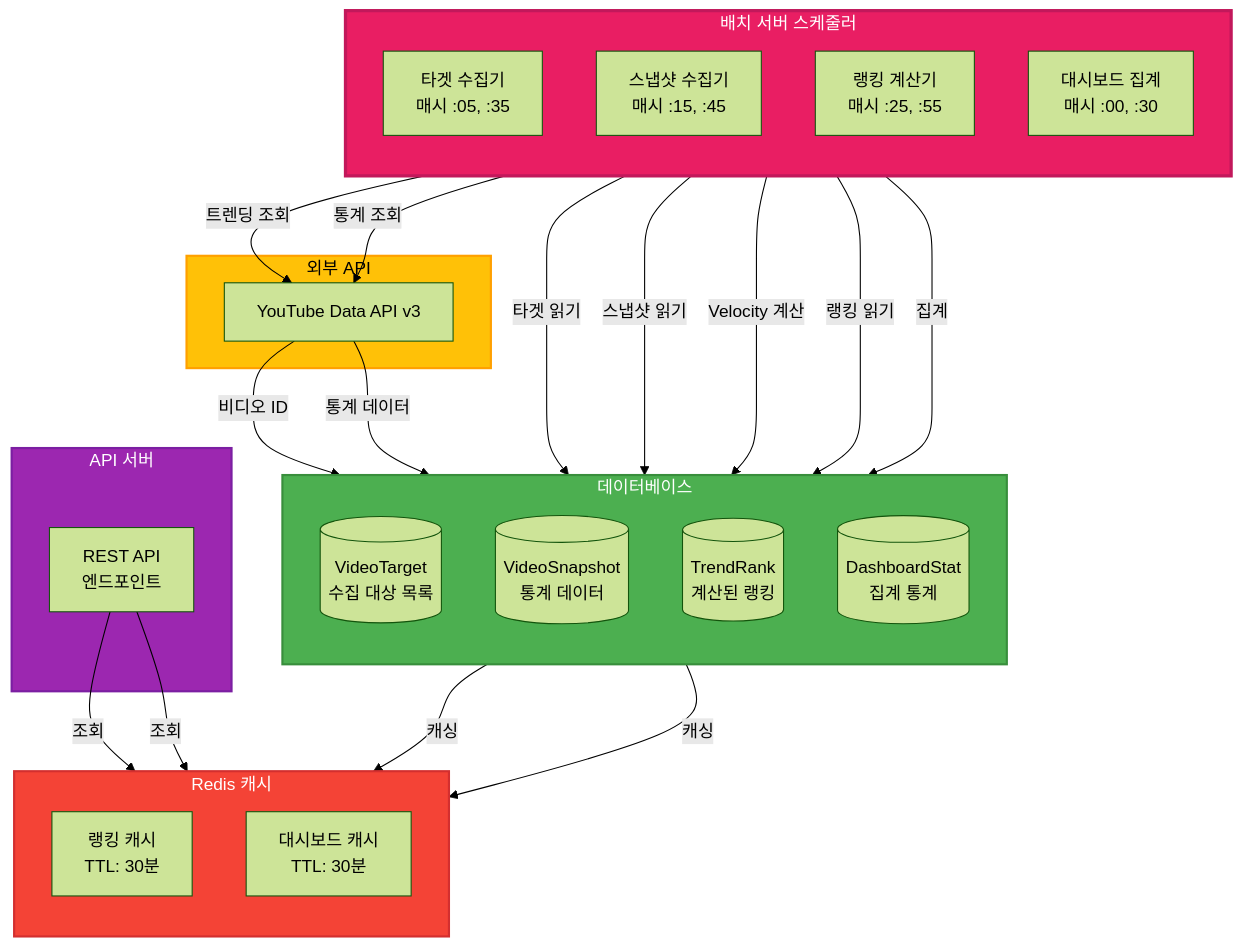
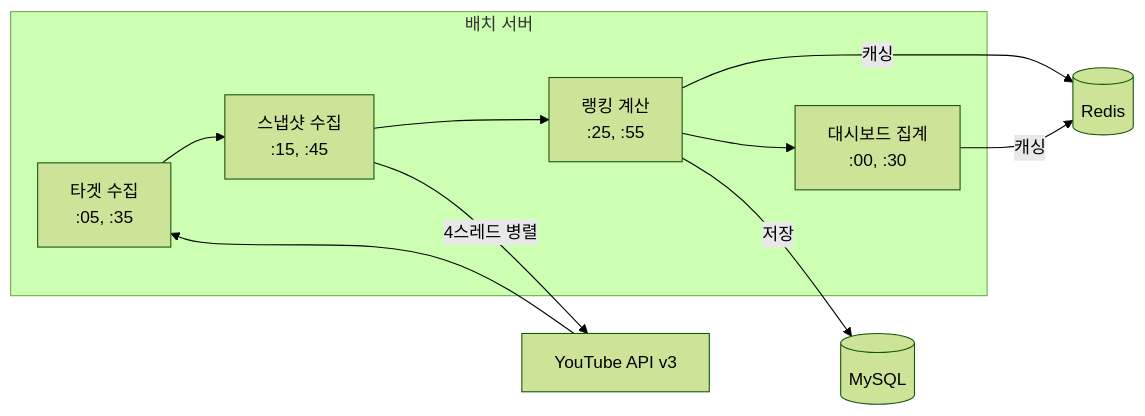
One commit to dakcoh/tubeten changed the second of 2 diagrams in README.md. Above: the diagram before and after it, drawn with Mermaid (forest theme). The commit also changed other lines of this file, not shown here.

````diff
--- a/README.md
+++ b/README.md
@@ -193,56 +143,15 @@
 ```mermaid
-flowchart TB
-    subgraph Batch["배치 서버 스케줄러"]
-        direction TB
-        S1["타겟 수집기<br/>매시 :05, :35"]
-        S2["스냅샷 수집기<br/>매시 :15, :45"]
-        S3["랭킹 계산기<br/>매시 :25, :55"]
-        S4["대시보드 집계<br/>매시 :00, :30"]
+flowchart LR
+    subgraph Batch["배치 서버"]
+        S1["타겟 수집<br/>:05, :35"]
+        S2["스냅샷 수집<br/>:15, :45"]
+        S3["랭킹 계산<br/>:25, :55"]
+        S4["대시보드 집계<br/>:00, :30"]
     end
     
-    subgraph External["외부 API"]
-        YT[YouTube Data API v3]
-    end
-    
-    subgraph Database["데이터베이스"]
-        direction TB
-        Target[("VideoTarget<br/>수집 대상 목록")]
-        Snapshot[("VideoSnapshot<br/>통계 데이터")]
-        Ranking[("TrendRank<br/>계산된 랭킹")]
-        Dashboard[("DashboardStat<br/>집계 통계")]
-    end
-    
-    subgraph Cache["Redis 캐시"]
-        direction TB
-        RC1["랭킹 캐시<br/>TTL: 30분"]
-        RC2["대시보드 캐시<br/>TTL: 30분"]
-    end
-    
-    subgraph API["API 서버"]
-        REST["REST API<br/>엔드포인트"]
-    end
-    
-    S1 -->|트렌딩 조회| YT
-    YT -->|비디오 ID| Target
-    
-    S2 -->|타겟 읽기| Target
-    S2 -->|통계 조회| YT
-    YT -->|통계 데이터| Snapshot
-    
-    S3 -->|스냅샷 읽기| Snapshot
-    S3 -->|Velocity 계산| Ranking
-    Ranking -->|캐싱| RC1
-    
-    S4 -->|랭킹 읽기| Ranking
-    S4 -->|집계| Dashboard
-    Dashboard -->|캐싱| RC2
-    
-    REST -->|조회| RC1
-    REST -->|조회| RC2
-    
-    style Batch fill:#E91E63,stroke:#C2185B,stroke-width:3px,color:#fff
-    style External fill:#FFC107,stroke:#FFA000,stroke-width:2px,color:#000
-    style Database fill:#4CAF50,stroke:#388E3C,stroke-width:2px,color:#fff
-    style Cache fill:#F44336,stroke:#D32F2F,stroke-width:2px,color:#fff
-    style API fill:#9C27B0,stroke:#7B1FA2,stroke-width:2px,color:#fff
+    YT[YouTube API v3] --> S1 --> S2 --> S3 --> S4
+    S2 -->|4스레드 병렬| YT
+    S3 -->|캐싱| Redis[(Redis)]
+    S4 -->|캐싱| Redis
+    S3 -->|저장| MySQL[(MySQL)]
 ```
````
